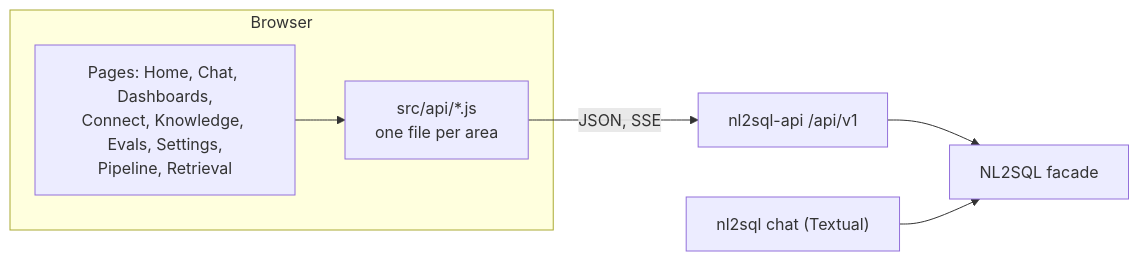
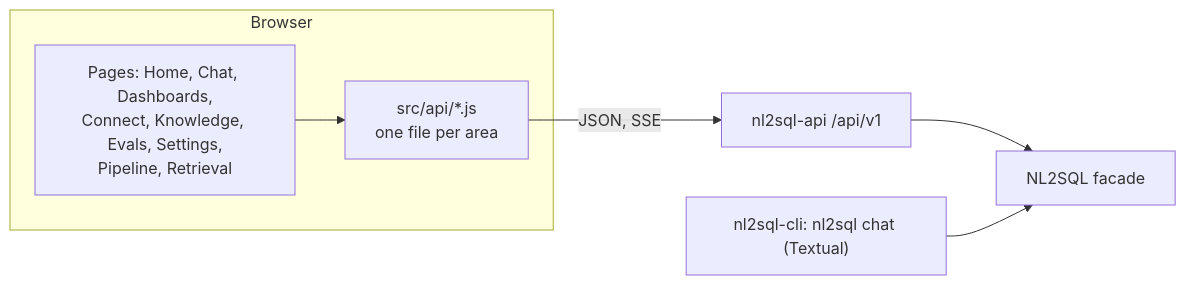
One commit to nadeem4/nl2sql changed the second of 4 diagrams in docs/architecture/wave_d.md. Above: the diagram before and after it, drawn with Mermaid. The commit also changed other lines of this file, not shown here.

First line of the commit message:
docs(wave-d): one UI in nl2sql-ui, CLI app on the engine (#400)

````diff
--- a/docs/architecture/wave_d.md
+++ b/docs/architecture/wave_d.md
@@ -729,11 +762,11 @@
 ```mermaid
 flowchart LR
   subgraph Browser
     P["Pages: Home, Chat, Dashboards,<br/>Connect, Knowledge, Evals, Settings,<br/>Pipeline, Retrieval"]
     C["src/api/*.js<br/>one file per area"]
     P --> C
   end
   C -->|"JSON, SSE"| API["nl2sql-api /api/v1"]
   API --> F["NL2SQL facade"]
-  T["nl2sql chat (Textual)"] --> F
+  T["nl2sql-cli: nl2sql chat (Textual)"] --> F
 ```
````
